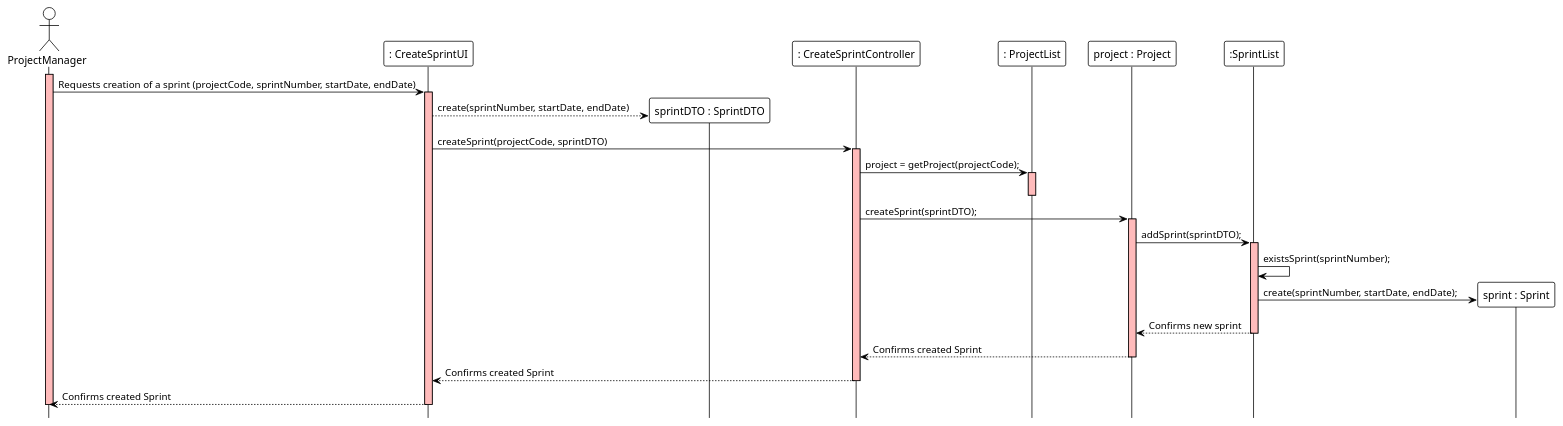
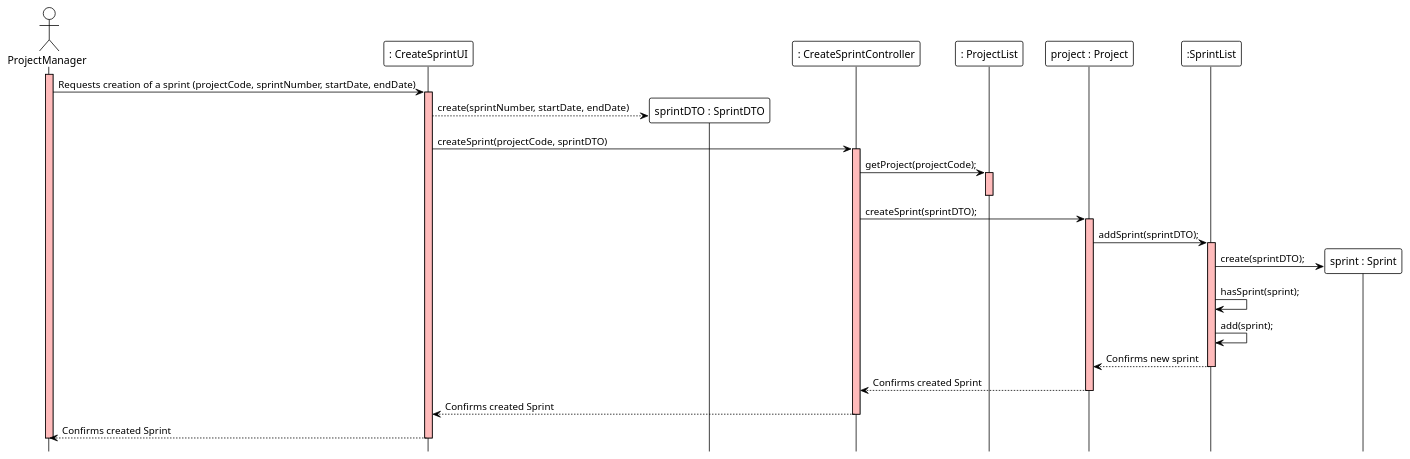
One commit to ivo-menezes/project_g3 changed the diagram in docs/modelling_design/user_stories/us019/US019_CreateSprintSD.puml. Above: the diagram before and after it, drawn with PlantUML.

Commit message:
US019: Design: Corrected SD.

```diff
--- a/docs/modelling_design/user_stories/us019/US019_CreateSprintSD.puml
+++ b/docs/modelling_design/user_stories/us019/US019_CreateSprintSD.puml
@@ -1,46 +1,47 @@
 @startuml
 !theme plain
 hide footbox
 
 actor ProjectManager as User
 participant ": CreateSprintUI" as UI
 participant "sprintDTO : SprintDTO" as DTO
 participant ": CreateSprintController" as Controller
 participant ": ProjectList" as ProjectList
 participant "project : Project" as Project
 participant ":SprintList" as SprintList
 participant "sprint : Sprint" as Sprint
 
 activate User #FFBBBB
 User ->  UI: Requests creation of a sprint (projectCode, sprintNumber, startDate, endDate)
 
 activate UI #FFBBBB
 UI --> DTO **: create(sprintNumber, startDate, endDate)
 UI -> Controller: createSprint(projectCode, sprintDTO)
 activate Controller #FFBBBB
 
-Controller -> ProjectList: project = getProject(projectCode);
+Controller -> ProjectList: getProject(projectCode);
 activate ProjectList #FFBBBB
 deactivate ProjectList
 Controller -> Project: createSprint(sprintDTO);
 activate Project #FFBBBB
 
 Project -> SprintList: addSprint(sprintDTO);
 activate SprintList #FFBBBB
 
-SprintList -> SprintList: existsSprint(sprintNumber);
-SprintList -> Sprint **: create(sprintNumber, startDate, endDate);
+SprintList -> Sprint **: create(sprintDTO);
+SprintList -> SprintList: hasSprint(sprint);
+SprintList -> SprintList: add(sprint);
 
 SprintList --> Project: Confirms new sprint
 deactivate SprintList
 
 Project --> Controller: Confirms created Sprint
 deactivate Project
 
 Controller --> UI : Confirms created Sprint
 deactivate Controller
 
 UI --> User: Confirms created Sprint
 deactivate UI
 deactivate User #FFBBBB
 @enduml
```
